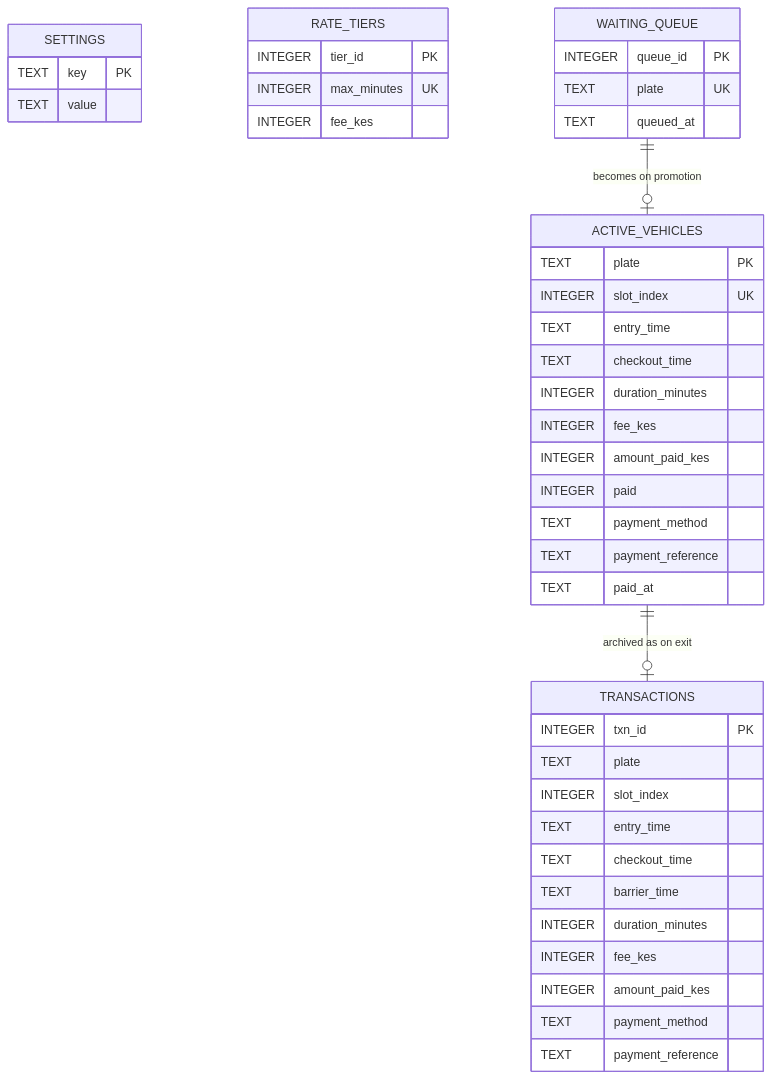
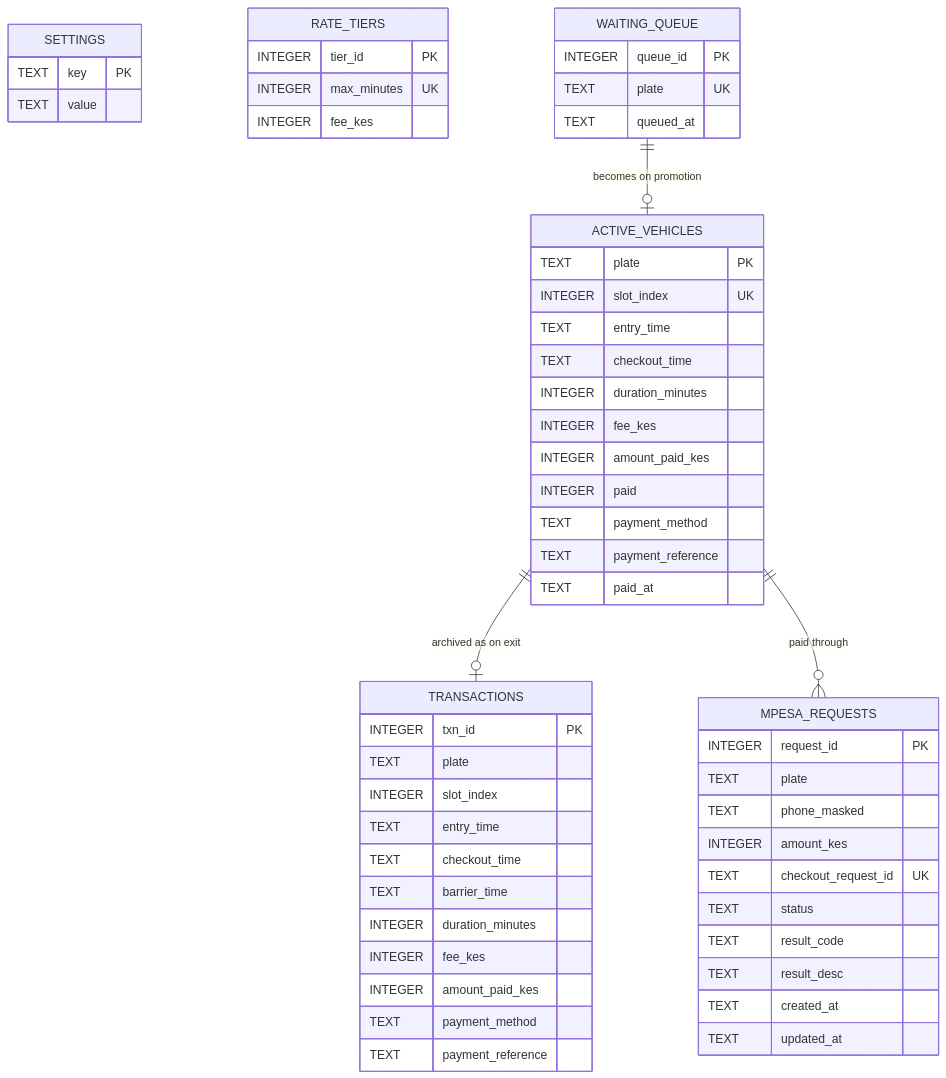
The third of 3 diagrams in docs/design.md (gitau254-m/tekashi-parking-system), drawn with Mermaid before and after one commit. The commit also changed other lines of this file and 13 other files, not shown here.

````diff
--- a/docs/design.md
+++ b/docs/design.md
@@ -1010,46 +1135,60 @@
 ```mermaid
 erDiagram
     SETTINGS {
         TEXT key PK
         TEXT value
     }
     RATE_TIERS {
         INTEGER tier_id PK
         INTEGER max_minutes UK
         INTEGER fee_kes
     }
     WAITING_QUEUE {
         INTEGER queue_id PK
         TEXT plate UK
         TEXT queued_at
     }
     ACTIVE_VEHICLES {
         TEXT plate PK
         INTEGER slot_index UK
         TEXT entry_time
         TEXT checkout_time
         INTEGER duration_minutes
         INTEGER fee_kes
         INTEGER amount_paid_kes
         INTEGER paid
         TEXT payment_method
         TEXT payment_reference
         TEXT paid_at
     }
     TRANSACTIONS {
         INTEGER txn_id PK
         TEXT plate
         INTEGER slot_index
         TEXT entry_time
         TEXT checkout_time
         TEXT barrier_time
         INTEGER duration_minutes
         INTEGER fee_kes
         INTEGER amount_paid_kes
         TEXT payment_method
         TEXT payment_reference
     }
 
+    MPESA_REQUESTS {
+        INTEGER request_id PK
+        TEXT plate
+        TEXT phone_masked
+        INTEGER amount_kes
+        TEXT checkout_request_id UK
+        TEXT status
+        TEXT result_code
+        TEXT result_desc
+        TEXT created_at
+        TEXT updated_at
+    }
+
     WAITING_QUEUE ||--o| ACTIVE_VEHICLES : "becomes on promotion"
     ACTIVE_VEHICLES ||--o| TRANSACTIONS : "archived as on exit"
+    ACTIVE_VEHICLES ||--o{ MPESA_REQUESTS : "paid through"
 ```
````
